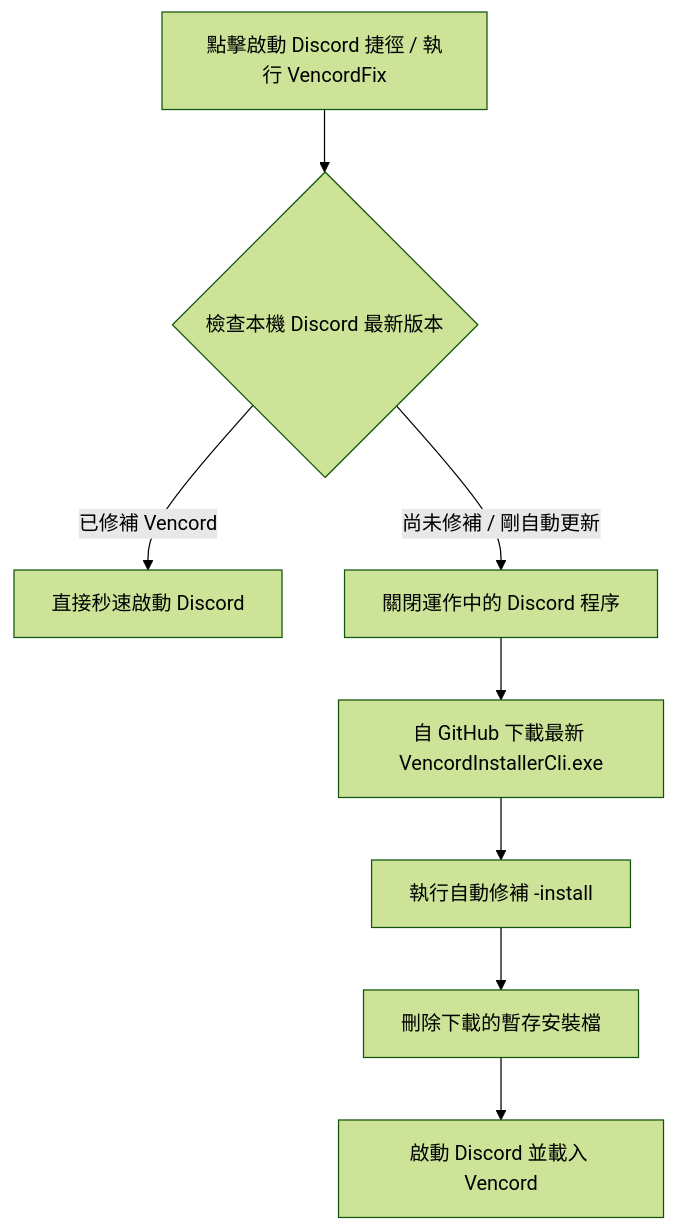
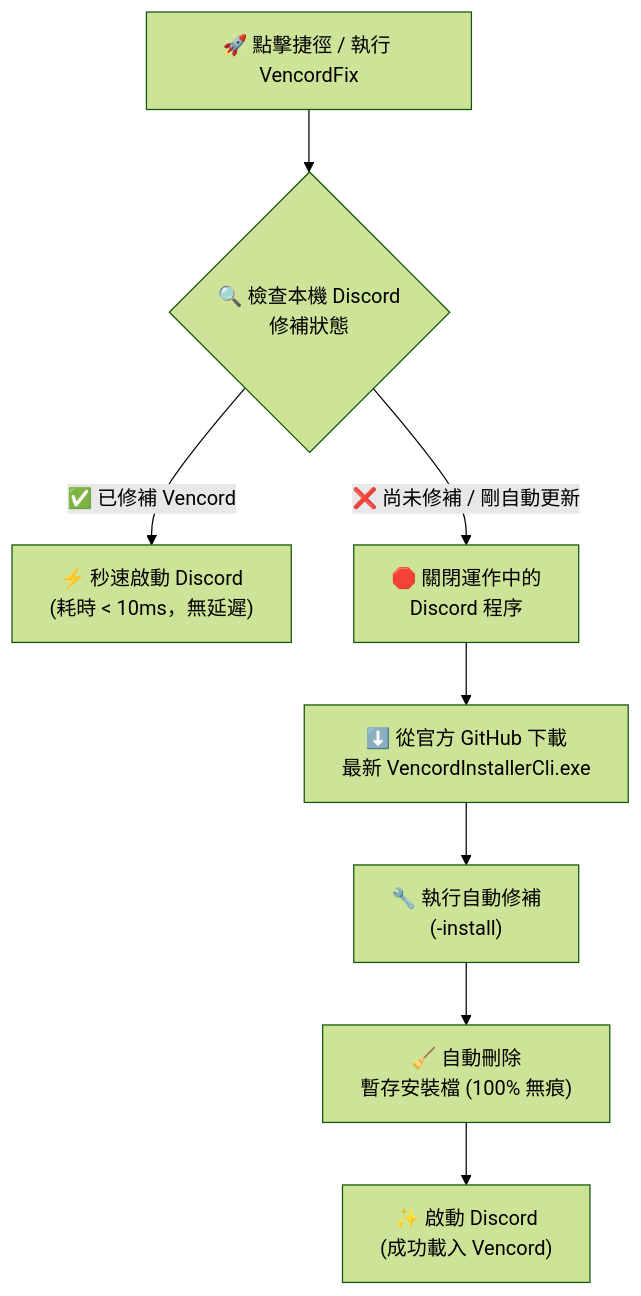
Before and after one commit to eclipse999/VencordFix: the diagram in docs/README.zh-TW.md, drawn with Mermaid (forest theme). The commit also changed 1 other file, not shown here.

Commit message:
docs: fix mermaid flowchart text wrapping and clipping on GitHub

````diff
--- a/docs/README.zh-TW.md
+++ b/docs/README.zh-TW.md
@@ -58,10 +58,10 @@
 ```mermaid
-graph TD
-    A[點擊啟動 Discord 捷徑 / 執行 VencordFix] --> B{檢查本機 Discord 最新版本}
-    B -->|已修補 Vencord| C[直接秒速啟動 Discord]
-    B -->|尚未修補 / 剛自動更新| D[關閉運作中的 Discord 程序]
-    D --> E[自 GitHub 下載最新 VencordInstallerCli.exe]
-    E --> F[執行自動修補 -install]
-    F --> G[刪除下載的暫存安裝檔]
-    G --> H[啟動 Discord 並載入 Vencord]
+flowchart TD
+    A["🚀 點擊捷徑 / 執行 VencordFix"] --> B{"🔍 檢查本機 Discord<br/>修補狀態"}
+    B -->|"✅ 已修補 Vencord"| C["⚡ 秒速啟動 Discord<br/>(耗時 &lt; 10ms，無延遲)"]
+    B -->|"❌ 尚未修補 / 剛自動更新"| D["🛑 關閉運作中的<br/>Discord 程序"]
+    D --> E["⬇️ 從官方 GitHub 下載<br/>最新 VencordInstallerCli.exe"]
+    E --> F["🔧 執行自動修補<br/>(-install)"]
+    F --> G["🧹 自動刪除<br/>暫存安裝檔 (100% 無痕)"]
+    G --> H["✨ 啟動 Discord<br/>(成功載入 Vencord)"]
 ```
````
